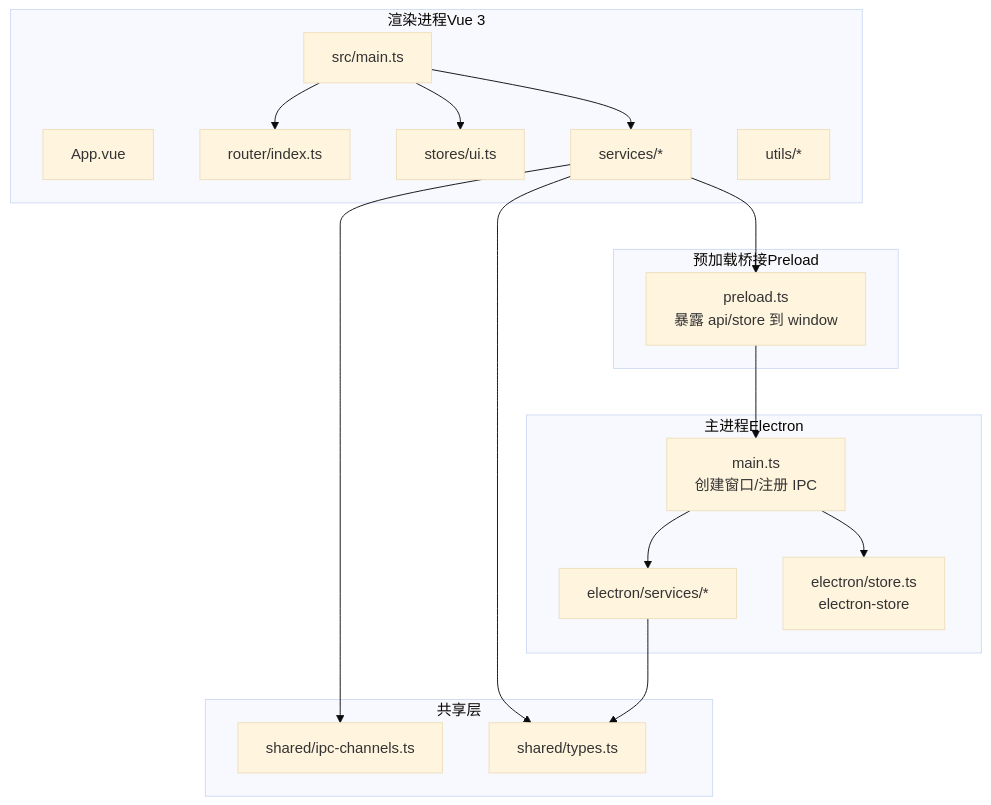
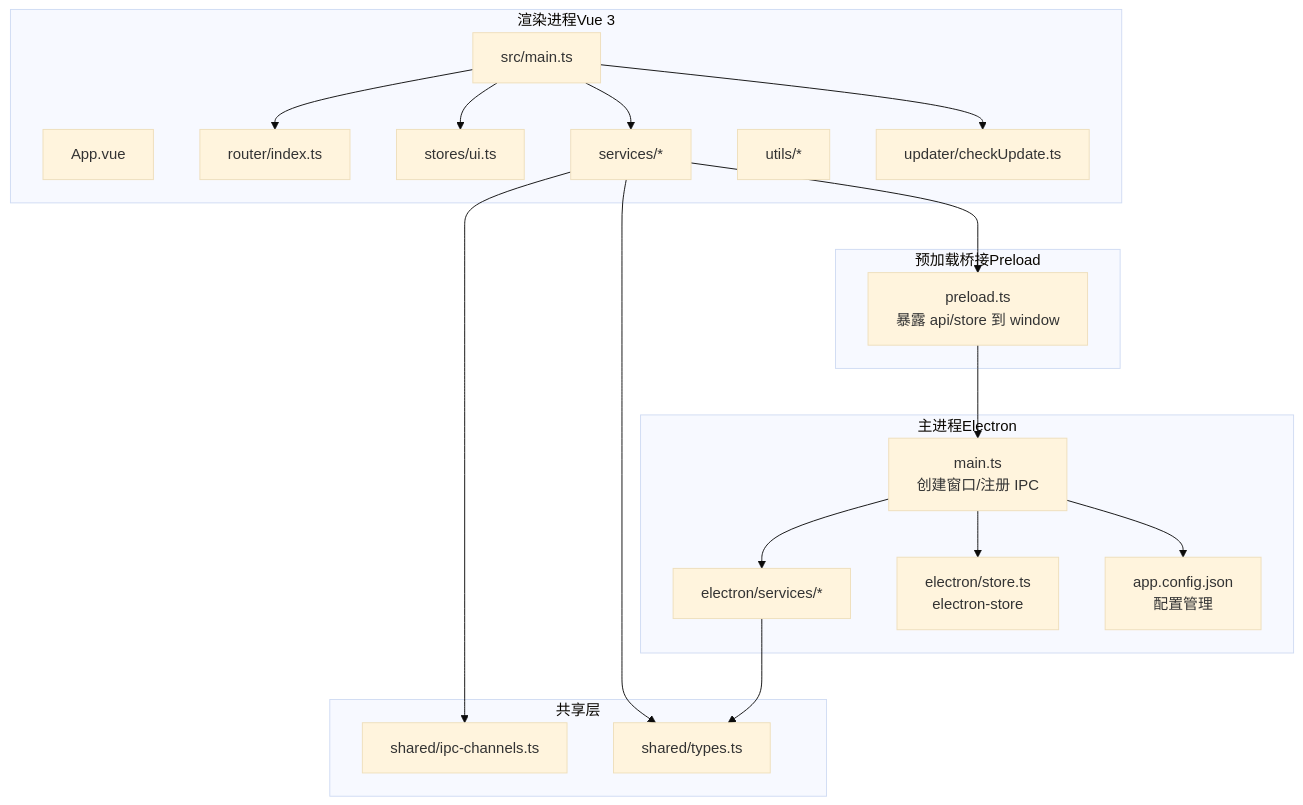
Before and after one commit to Siborne/OJFlow: the second of 6 diagrams in .qoder/repowiki/zh/content/架构设计/架构设计.md, drawn with Mermaid (base theme). The commit also changed other lines of this file and 12 other files, not shown here.

````diff
--- a/.qoder/repowiki/zh/content/架构设计/架构设计.md
+++ b/.qoder/repowiki/zh/content/架构设计/架构设计.md
@@ -133,33 +155,37 @@
 ```mermaid
 graph TB
 subgraph "渲染进程Vue 3"
 R_App["App.vue"]
 R_Main["src/main.ts"]
 R_Router["router/index.ts"]
 R_Stores["stores/ui.ts"]
 R_Services["services/*"]
 R_Utils["utils/*"]
+R_Updater["updater/checkUpdate.ts"]
 end
 subgraph "预加载桥接Preload"
 P_API["preload.ts<br/>暴露 api/store 到 window"]
 end
 subgraph "主进程Electron"
 M_Main["main.ts<br/>创建窗口/注册 IPC"]
 M_Services["electron/services/*"]
 M_Store["electron/store.ts<br/>electron-store"]
+M_Config["app.config.json<br/>配置管理"]
 end
 subgraph "共享层"
 S_IPC["shared/ipc-channels.ts"]
 S_Types["shared/types.ts"]
 end
 R_Main --> R_Router
 R_Main --> R_Stores
 R_Main --> R_Services
+R_Main --> R_Updater
 R_Services --> P_API
 P_API --> M_Main
 M_Main --> M_Services
 M_Main --> M_Store
+M_Main --> M_Config
 R_Services --> S_IPC
 R_Services --> S_Types
 M_Services --> S_Types
 ```
````
